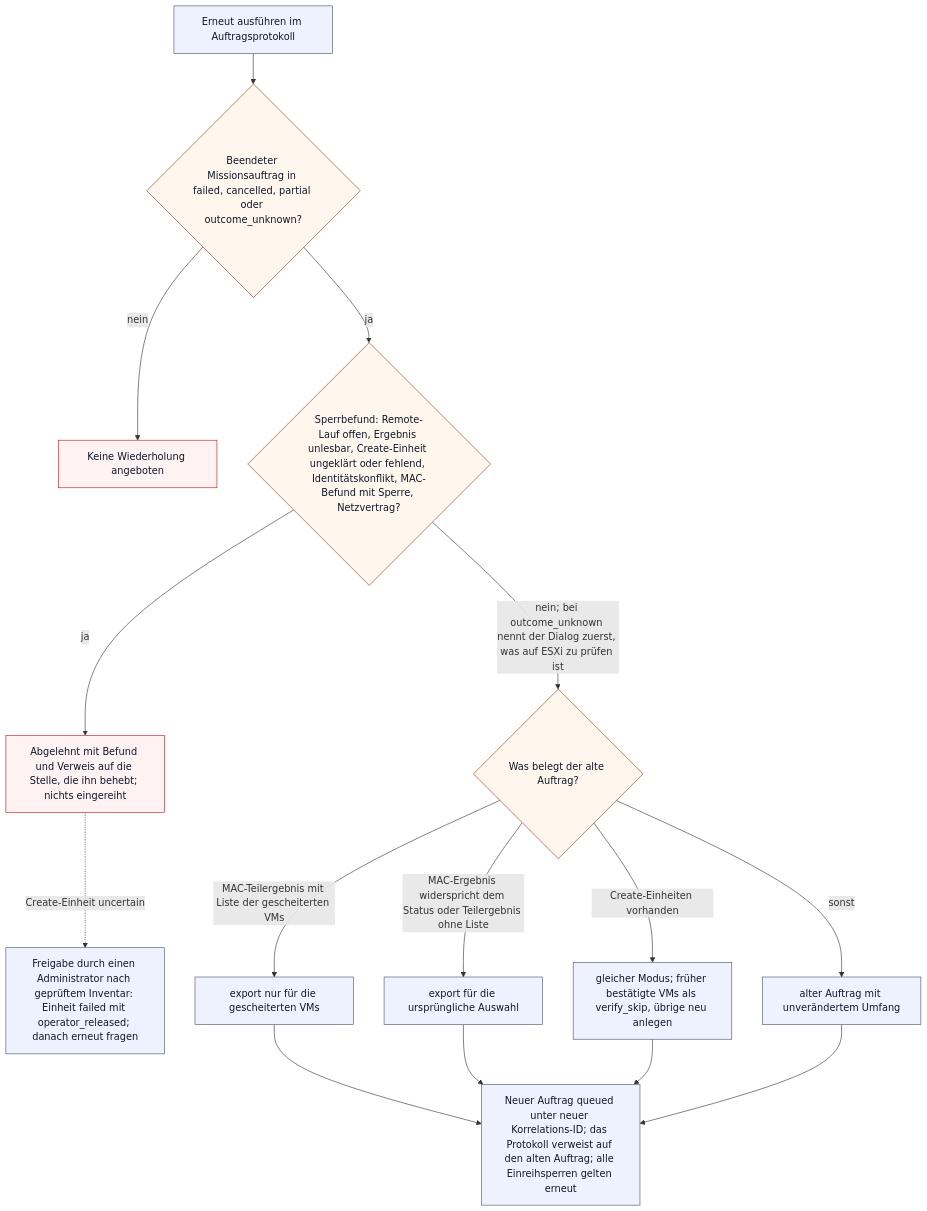
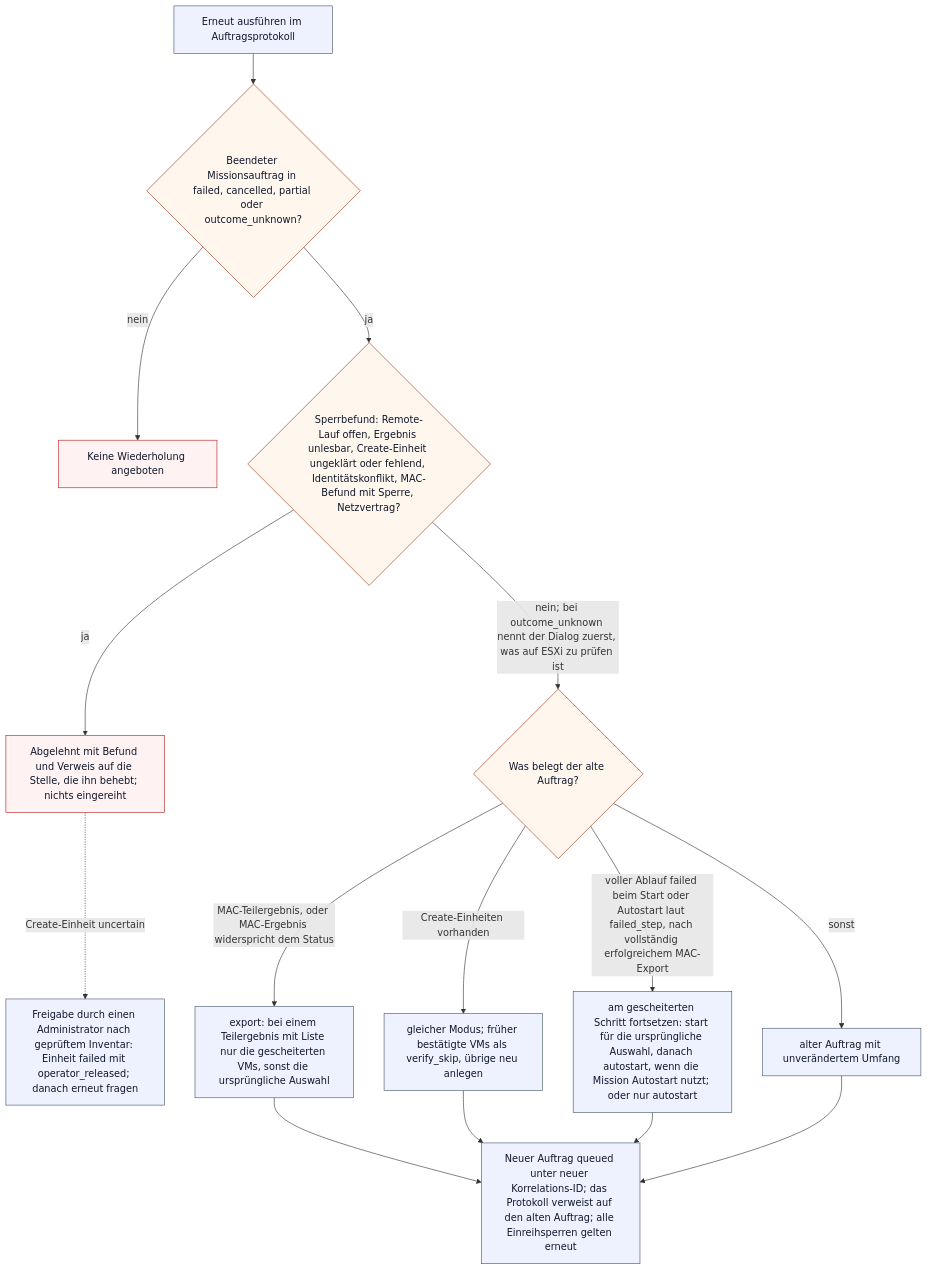
Before and after one commit to Samy94M/VirtuSphere-v2-WebApp: the sixth of 18 diagrams in docs/operations/deploy-flows.md, drawn with Mermaid. The commit also changed other lines of this file and 56 other files, not shown here.

First line of the commit message:
Resume a retry at the failed start or autostart step; name host errors in inventory pulls

````diff
--- a/docs/operations/deploy-flows.md
+++ b/docs/operations/deploy-flows.md
@@ -226,23 +226,23 @@
 ```mermaid
 flowchart TD
     ask["Erneut ausführen im Auftragsprotokoll"] --> kind{"Beendeter Missionsauftrag in failed, cancelled, partial oder outcome_unknown?"}
     kind -->|nein| no["Keine Wiederholung angeboten"]
     kind -->|ja| block{"Sperrbefund: Remote-Lauf offen, Ergebnis unlesbar, Create-Einheit ungeklärt oder fehlend, Identitätskonflikt, MAC-Befund mit Sperre, Netzvertrag?"}
     block -->|ja| refused["Abgelehnt mit Befund und Verweis auf die Stelle, die ihn behebt; nichts eingereiht"]
     refused -.->|Create-Einheit uncertain| release["Freigabe durch einen Administrator nach geprüftem Inventar: Einheit failed mit operator_released; danach erneut fragen"]
     block -->|nein; bei outcome_unknown nennt der Dialog zuerst, was auf ESXi zu prüfen ist| plan{"Was belegt der alte Auftrag?"}
-    plan -->|MAC-Teilergebnis mit Liste der gescheiterten VMs| export_failed["export nur für die gescheiterten VMs"]
-    plan -->|MAC-Ergebnis widerspricht dem Status oder Teilergebnis ohne Liste| export_all["export für die ursprüngliche Auswahl"]
+    plan -->|voller Ablauf failed beim Start oder Autostart laut failed_step, nach vollständig erfolgreichem MAC-Export| resume["am gescheiterten Schritt fortsetzen: start für die ursprüngliche Auswahl, danach autostart, wenn die Mission Autostart nutzt; oder nur autostart"]
+    plan -->|MAC-Teilergebnis, oder MAC-Ergebnis widerspricht dem Status| export["export: bei einem Teilergebnis mit Liste nur die gescheiterten VMs, sonst die ursprüngliche Auswahl"]
     plan -->|Create-Einheiten vorhanden| create_retry["gleicher Modus; früher bestätigte VMs als verify_skip, übrige neu anlegen"]
     plan -->|sonst| same["alter Auftrag mit unverändertem Umfang"]
-    export_failed --> queued["Neuer Auftrag queued unter neuer Korrelations-ID; das Protokoll verweist auf den alten Auftrag; alle Einreihsperren gelten erneut"]
-    export_all --> queued
+    export --> queued["Neuer Auftrag queued unter neuer Korrelations-ID; das Protokoll verweist auf den alten Auftrag; alle Einreihsperren gelten erneut"]
     create_retry --> queued
+    resume --> queued
     same --> queued
     classDef step fill:#eef2ff,stroke:#475569,color:#0f172a;
     classDef decision fill:#fff7ed,stroke:#9a3412,color:#0f172a;
     classDef blocked fill:#fef2f2,stroke:#b91c1c,color:#0f172a;
-    class ask,export_failed,export_all,create_retry,same,queued,release step;
+    class ask,resume,export,create_retry,same,queued,release step;
     class kind,block,plan decision;
     class no,refused blocked;
 ```
````
